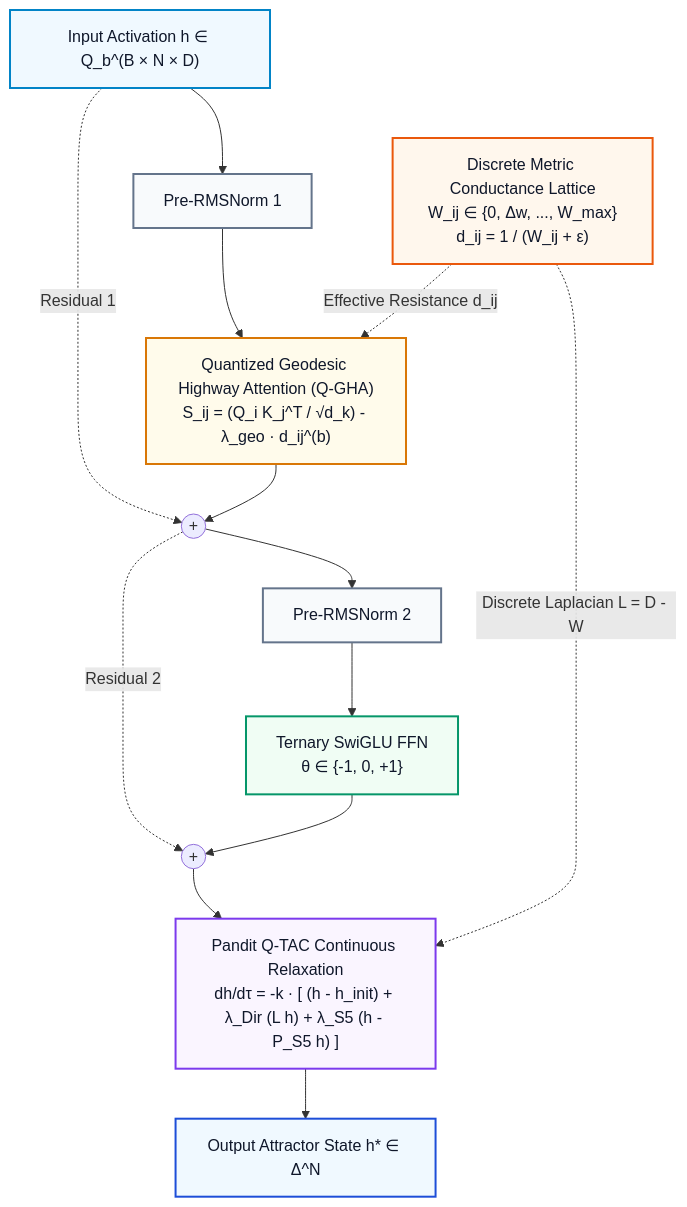
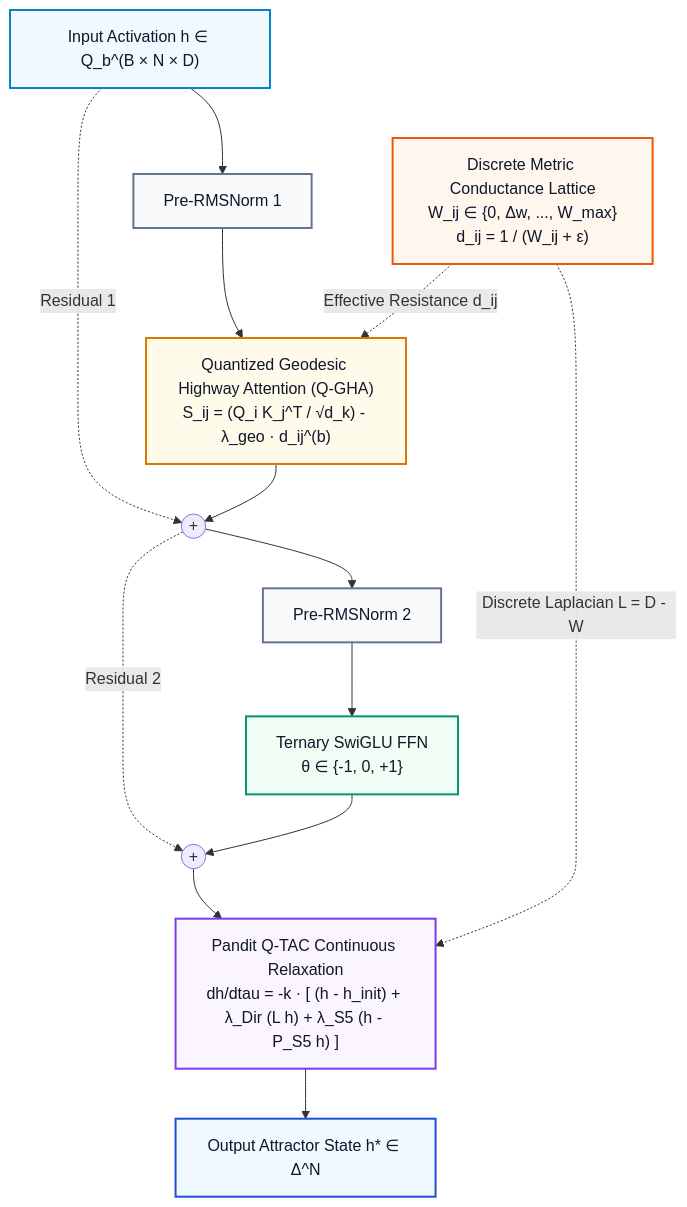
One commit to bhosaleone/geoformer changed the diagram in README.md. Above: the diagram before and after it, drawn with Mermaid. The commit also changed other lines of this file and 5 other files, not shown here.

````diff
--- a/README.md
+++ b/README.md
@@ -37,25 +38,25 @@
 ```mermaid
 graph TD
     classDef input fill:#f0f9ff,stroke:#0284c7,stroke-width:2px,color:#0f172a;
     classDef norm fill:#f8fafc,stroke:#64748b,stroke-width:2px,color:#0f172a;
     classDef gha fill:#fffbeb,stroke:#d97706,stroke-width:2px,color:#0f172a;
     classDef ffn fill:#f0fdf4,stroke:#059669,stroke-width:2px,color:#0f172a;
     classDef tac fill:#faf5ff,stroke:#7c3aed,stroke-width:2px,color:#0f172a;
     classDef lattice fill:#fff7ed,stroke:#ea580c,stroke-width:2px,color:#0f172a;
     classDef out fill:#f0f9ff,stroke:#1d4ed8,stroke-width:2px,color:#0f172a;
 
     IN["Input Activation h ∈ Q_b^(B × N × D)"]:::input --> NORM1["Pre-RMSNorm 1"]:::norm
     NORM1 --> GHA["Quantized Geodesic Highway Attention (Q-GHA)<br/>S_ij = (Q_i K_j^T / √d_k) - λ_geo · d_ij^(b)"]:::gha
     LATTICE["Discrete Metric Conductance Lattice<br/>W_ij ∈ {0, Δw, ..., W_max}<br/>d_ij = 1 / (W_ij + ε)"]:::lattice -.->|Effective Resistance d_ij| GHA
     
     IN -.->|Residual 1| ADD1((+))
     GHA --> ADD1
     ADD1 --> NORM2["Pre-RMSNorm 2"]:::norm
     NORM2 --> SWIGLU["Ternary SwiGLU FFN<br/>θ ∈ {-1, 0, +1}"]:::ffn
     ADD1 -.->|Residual 2| ADD2((+))
     SWIGLU --> ADD2
     
-    ADD2 --> TAC["Pandit Q-TAC Continuous Relaxation<br/>dh/dτ = -k · [ (h - h_init) + λ_Dir (L h) + λ_S5 (h - P_S5 h) ]"]:::tac
+    ADD2 --> TAC["Pandit Q-TAC Continuous Relaxation<br/>dh/dtau = -k · [ (h - h_init) + λ_Dir (L h) + λ_S5 (h - P_S5 h) ]"]:::tac
     LATTICE -.->|Discrete Laplacian L = D - W| TAC
     TAC --> OUT["Output Attractor State h* ∈ Δ^N"]:::out
 ```
````
